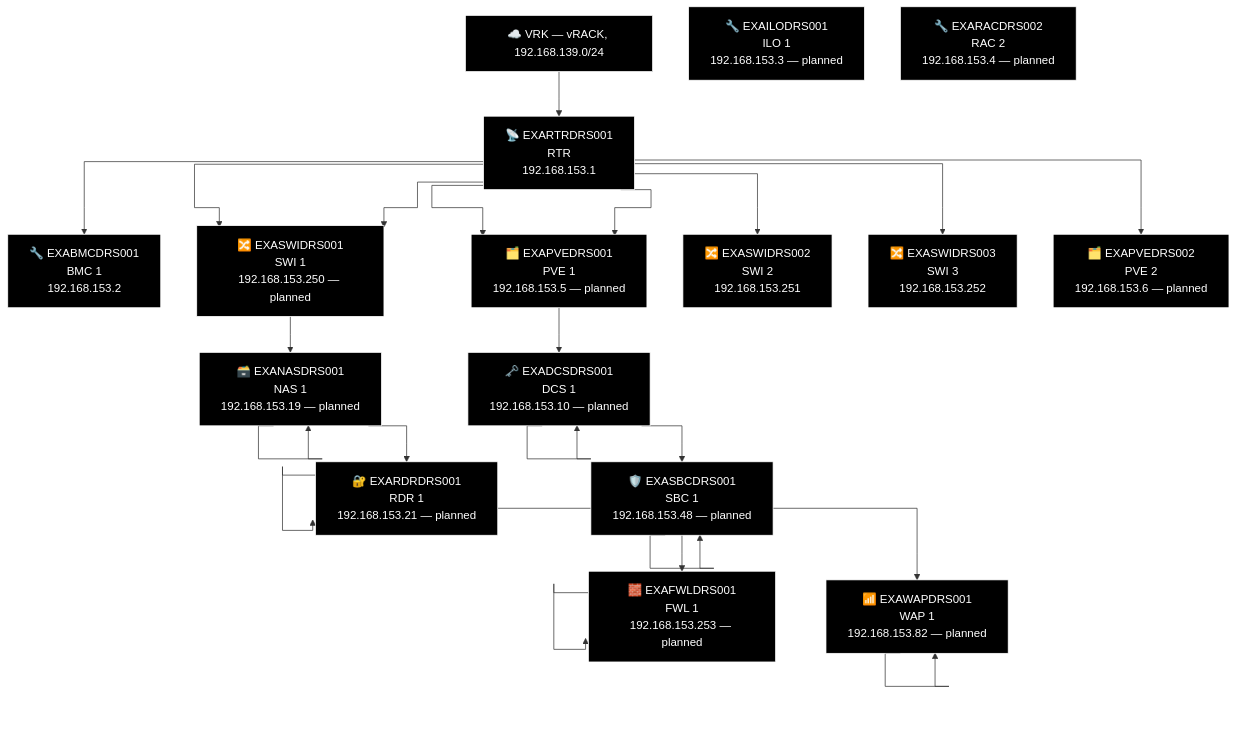
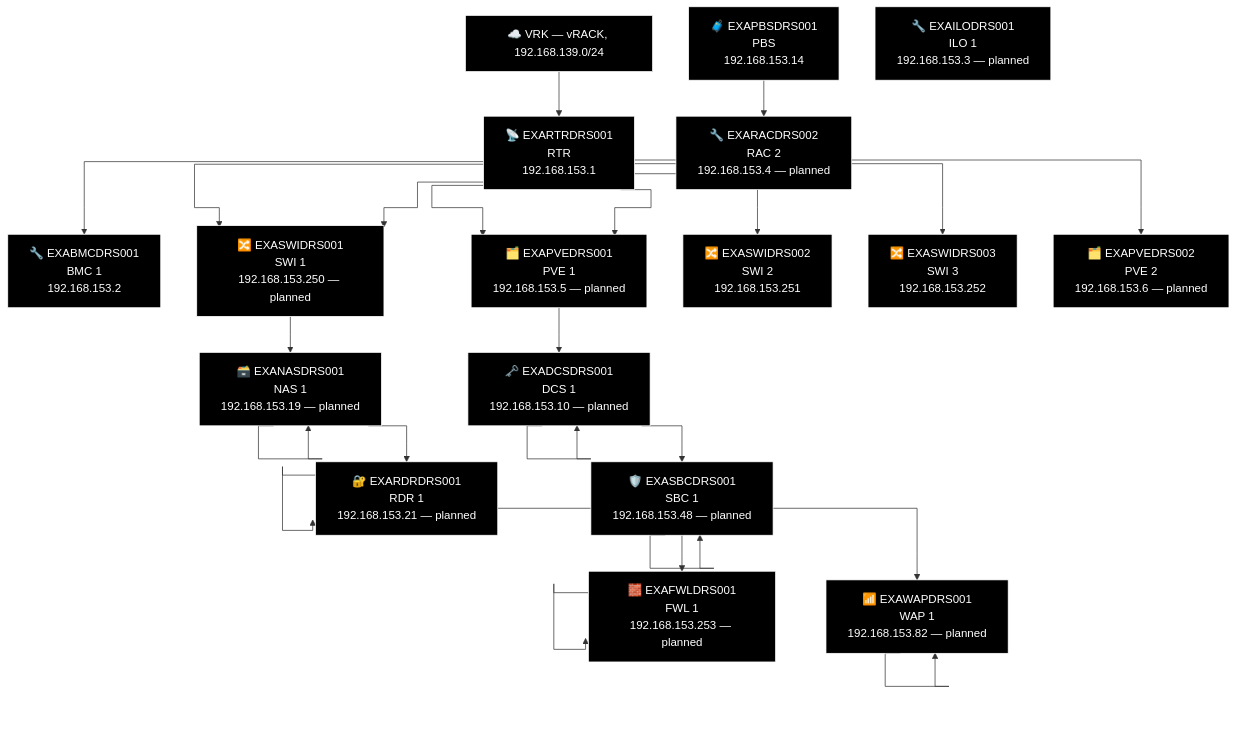
One commit to knightmare2600/example_music_infra changed diagram 11 of 13 in docs/network-diagram/deutschland.md. Above: the diagram before and after it, drawn with Mermaid. The commit also changed other lines of this file and 14 other files, not shown here.

First line of the commit message:
docs/network-diagram: regenerate, every site was missing its PBS node

````diff
--- a/docs/network-diagram/deutschland.md
+++ b/docs/network-diagram/deutschland.md
@@ -477,65 +484,68 @@
 ```mermaid
 %% GENERATED:TOPOLOGY:DRS:START
 %%{init: {'flowchart': {'curve': 'stepAfter'}}}%%
 graph TD
     T_VRK["☁️ VRK — vRACK, 192.168.139.0/24"]
     T_RTR["📡 EXARTRDRS001<br/>RTR<br/>192.168.153.1"]
     T_VRK --> T_RTR
     T_BMC["🔧 EXABMCDRS001<br/>BMC 1<br/>192.168.153.2"]
     T_RTR --> T_BMC
     T_PVE["🗂️ EXAPVEDRS001<br/>PVE 1<br/>192.168.153.5"]
     T_RTR --> T_PVE
     T_SWI["🔀 EXASWIDRS001<br/>SWI 1<br/>192.168.153.250"]
     T_RTR --> T_SWI
     T_SWI2["🔀 EXASWIDRS002<br/>SWI 2<br/>192.168.153.251"]
     T_RTR --> T_SWI2
     T_SWI3["🔀 EXASWIDRS003<br/>SWI 3<br/>192.168.153.252"]
     T_RTR --> T_SWI3
     T_SWI["🔀 EXASWIDRS001<br/>SWI 1<br/>192.168.153.250 — planned"]
     T_RTR --> T_SWI
     T_PVE["🗂️ EXAPVEDRS001<br/>PVE 1<br/>192.168.153.5 — planned"]
     T_RTR --> T_PVE
     T_PVE2["🗂️ EXAPVEDRS002<br/>PVE 2<br/>192.168.153.6 — planned"]
     T_RTR --> T_PVE2
     T_NAS["🗃️ EXANASDRS001<br/>NAS<br/>192.168.153.19"]
     T_NAS["🗃️ EXANASDRS001<br/>NAS 1<br/>192.168.153.19 — planned"]
     T_RDR["🔐 EXARDRDRS001<br/>RDR<br/>192.168.153.21"]
     T_RDR["🔐 EXARDRDRS001<br/>RDR 1<br/>192.168.153.21 — planned"]
     T_WAP["📶 EXAWAPDRS001<br/>WAP 1<br/>192.168.153.82"]
     T_WAP["📶 EXAWAPDRS001<br/>WAP 1<br/>192.168.153.82 — planned"]
     T_SWI --> T_NAS --> T_NAS --> T_RDR --> T_RDR --> T_WAP --> T_WAP
     T_DCS["🗝️ EXADCSDRS001<br/>DCS 1<br/>192.168.153.10"]
     T_DCS["🗝️ EXADCSDRS001<br/>DCS 1<br/>192.168.153.10 — planned"]
     T_SBC["🛡️ EXASBCDRS001<br/>SBC<br/>192.168.153.48"]
     T_SBC["🛡️ EXASBCDRS001<br/>SBC 1<br/>192.168.153.48 — planned"]
     T_FWL["🧱 EXAFWLDRS001<br/>LAN Face<br/>192.168.153.253"]
     T_FWL["🧱 EXAFWLDRS001<br/>FWL 1<br/>192.168.153.253 — planned"]
     T_PVE --> T_DCS --> T_DCS --> T_SBC --> T_SBC --> T_FWL --> T_FWL
+    T_PBS["🧳 EXAPBSDRS001<br/>PBS<br/>192.168.153.14"]
     T_ILO["🔧 EXAILODRS001<br/>ILO 1<br/>192.168.153.3 — planned"]
     T_RAC["🔧 EXARACDRS002<br/>RAC 2<br/>192.168.153.4 — planned"]
+    T_PBS --> T_RAC
     style T_VRK fill:#000000,stroke:#FFFFFF,color:#FFFFFF
     style T_RTR fill:#000000,stroke:#FFFFFF,color:#FFFFFF
     style T_BMC fill:#000000,stroke:#FFFFFF,color:#FFFFFF
     style T_PVE fill:#000000,stroke:#FFFFFF,color:#FFFFFF
     style T_SWI fill:#000000,stroke:#FFFFFF,color:#FFFFFF
     style T_SWI2 fill:#000000,stroke:#FFFFFF,color:#FFFFFF
     style T_SWI3 fill:#000000,stroke:#FFFFFF,color:#FFFFFF
     style T_SWI fill:#000000,stroke:#FFFFFF,color:#FFFFFF
     style T_PVE fill:#000000,stroke:#FFFFFF,color:#FFFFFF
     style T_PVE2 fill:#000000,stroke:#FFFFFF,color:#FFFFFF
     style T_NAS fill:#000000,stroke:#FFFFFF,color:#FFFFFF
     style T_NAS fill:#000000,stroke:#FFFFFF,color:#FFFFFF
     style T_RDR fill:#000000,stroke:#FFFFFF,color:#FFFFFF
     style T_RDR fill:#000000,stroke:#FFFFFF,color:#FFFFFF
     style T_WAP fill:#000000,stroke:#FFFFFF,color:#FFFFFF
     style T_WAP fill:#000000,stroke:#FFFFFF,color:#FFFFFF
     style T_DCS fill:#000000,stroke:#FFFFFF,color:#FFFFFF
     style T_DCS fill:#000000,stroke:#FFFFFF,color:#FFFFFF
     style T_SBC fill:#000000,stroke:#FFFFFF,color:#FFFFFF
     style T_SBC fill:#000000,stroke:#FFFFFF,color:#FFFFFF
     style T_FWL fill:#000000,stroke:#FFFFFF,color:#FFFFFF
     style T_FWL fill:#000000,stroke:#FFFFFF,color:#FFFFFF
+    style T_PBS fill:#000000,stroke:#FFFFFF,color:#FFFFFF
     style T_ILO fill:#000000,stroke:#FFFFFF,color:#FFFFFF
     style T_RAC fill:#000000,stroke:#FFFFFF,color:#FFFFFF
 %% GENERATED:TOPOLOGY:DRS:END
 ```
````
